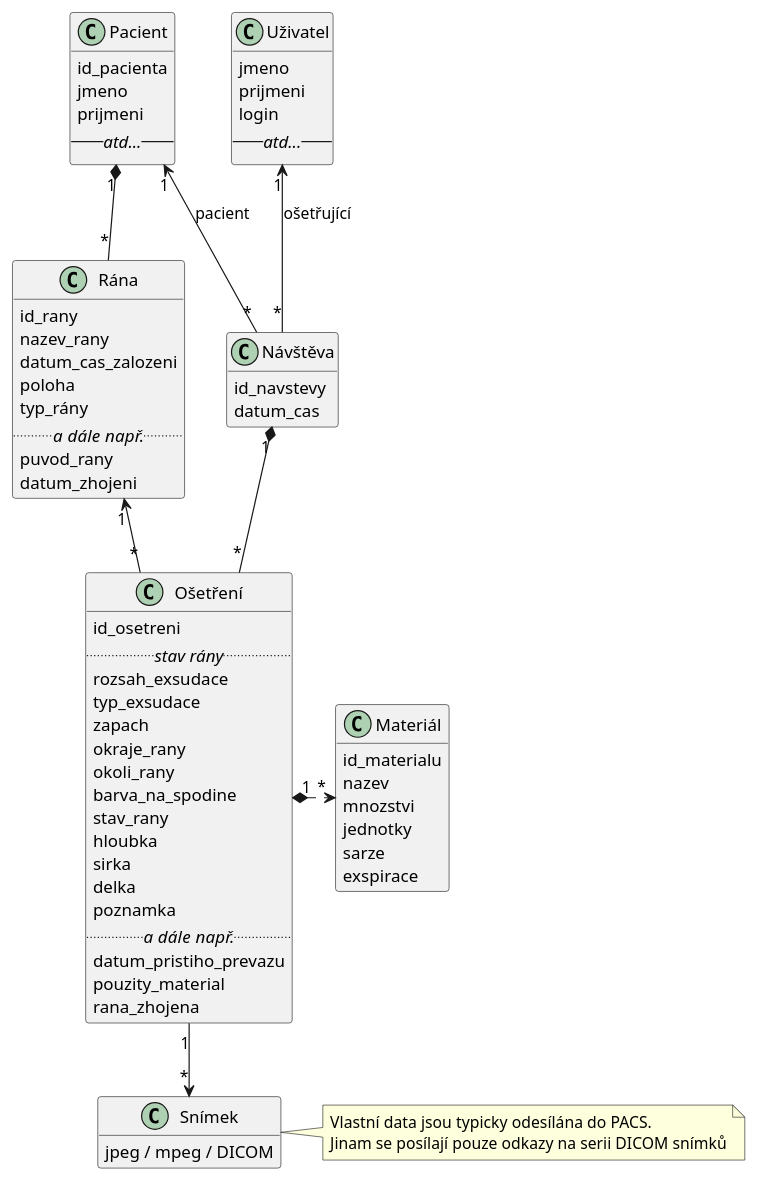
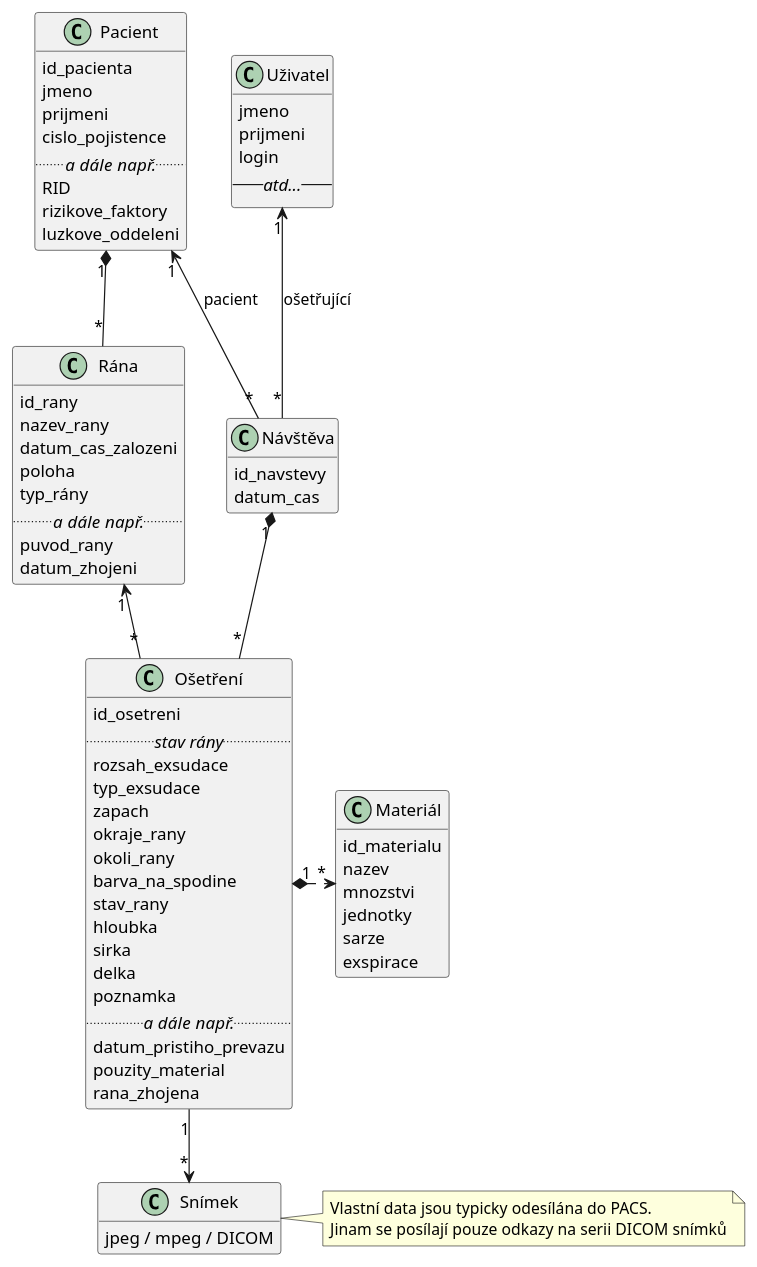
The diagram in integration/zuni-class-diagram.plantuml (bindworks/bw-zuni-docs), drawn with PlantUML before and after one commit.

Commit message:
Update Pacient class with new attributes
Added additional attributes to the Pacient class.

```diff
--- a/integration/zuni-class-diagram.plantuml
+++ b/integration/zuni-class-diagram.plantuml
@@ -1,82 +1,86 @@
 @startuml
 
 class Uživatel {
     jmeno
     prijmeni
     login
     -- <i>atd...</i> --
 }
 
 class Pacient {
     id_pacienta
     jmeno
     prijmeni
-    -- <i>atd...</i> --
+    cislo_pojistence
+    .. <i>a dále např.</i> ..
+    RID
+    rizikove_faktory
+    luzkove_oddeleni
 }
 
 
 class Návštěva {
     id_navstevy
     datum_cas
 }
 
 class Ošetření {
     id_osetreni
     .. <i>stav rány</i> ..
     rozsah_exsudace
     typ_exsudace
     zapach
     okraje_rany
     okoli_rany
     barva_na_spodine
     stav_rany
     hloubka
     sirka
     delka
     poznamka
     .. <i>a dále např.</i> ..
     datum_pristiho_prevazu
     pouzity_material
     rana_zhojena
 }
 
 class Materiál {
     id_materialu
     nazev
     mnozstvi
     jednotky
     sarze
     exspirace
 }
 
 class Rána {
     id_rany
     nazev_rany
     datum_cas_zalozeni
     poloha
     typ_rány
     .. <i>a dále např.</i> ..
     puvod_rany
     datum_zhojeni
 }
 
 class Snímek {
     jpeg / mpeg / DICOM
 }
 
 note right
   Vlastní data jsou typicky odesílána do PACS. 
   Jinam se posílají pouze odkazy na serii DICOM snímků
 end note
 
 Pacient "1" *-- "*" Rána
 Návštěva "1" *-- "*" Ošetření
 Ošetření "*" -up-> "1" Rána
 Ošetření "1" --> "*" Snímek
 Ošetření "1" *..right..> "*" Materiál
 Návštěva "*" -up-> "1" Uživatel: ošetřující
 Návštěva "*" -up-> "1" Pacient: pacient
 
 hide empty methods    
 
 @enduml
```
